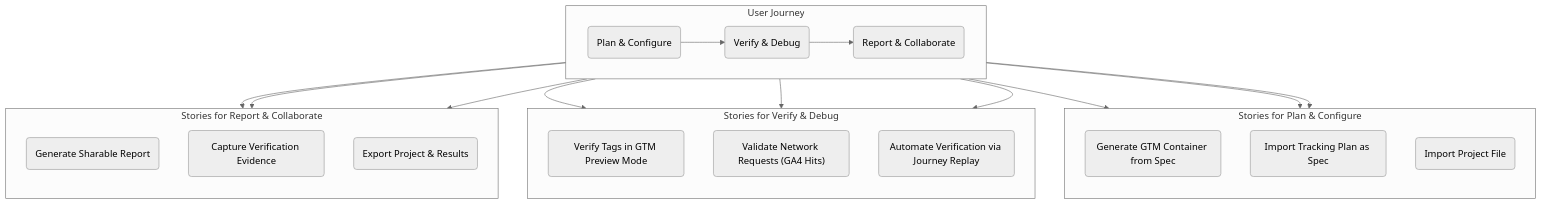
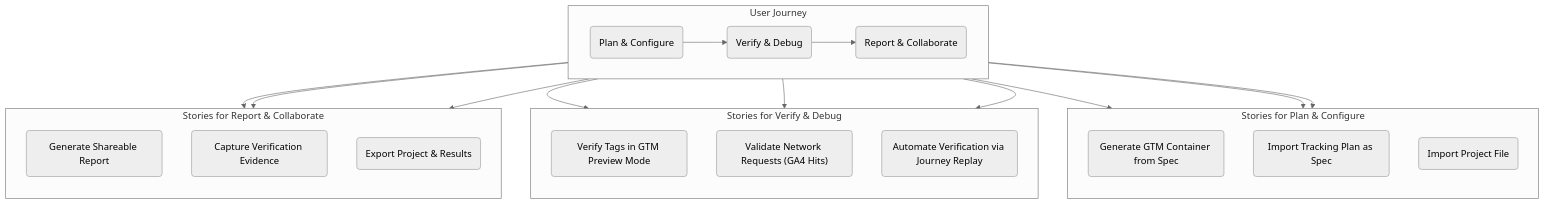
One commit to WodenWang820118/tag-check changed the diagram in README.md. Above: the diagram before and after it, drawn with Mermaid. The commit also changed other lines of this file and 12 other files, not shown here.

````diff
--- a/README.md
+++ b/README.md
@@ -71,29 +39,29 @@
 ```mermaid
 %%{init: {'theme': 'neutral'}}%%
 graph TD
     subgraph A [User Journey]
         direction LR
         B(Plan & Configure) --> C(Verify & Debug) --> D(Report & Collaborate)
     end
 
     subgraph Stories_Plan [Stories for Plan & Configure]
         direction TB
         B --> P1("Generate GTM Container from Spec")
         B --> P2("Import Tracking Plan as Spec")
         B --> P3("Import Project File")
     end
 
     subgraph Stories_Verify [Stories for Verify & Debug]
         direction TB
         C --> V1("Verify Tags in GTM Preview Mode")
         C --> V2("Validate Network Requests (GA4 Hits)")
         C --> V3("Automate Verification via Journey Replay")
     end
 
     subgraph Stories_Report [Stories for Report & Collaborate]
         direction TB
-        D --> R1("Generate Sharable Report")
+        D --> R1("Generate Shareable Report")
         D --> R2("Capture Verification Evidence")
         D --> R3("Export Project & Results")
     end
 ```
````
